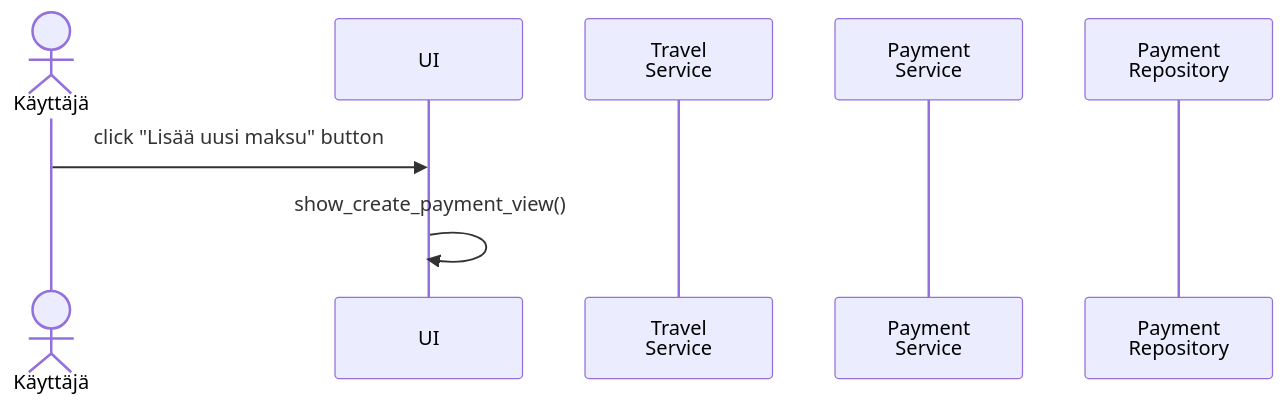
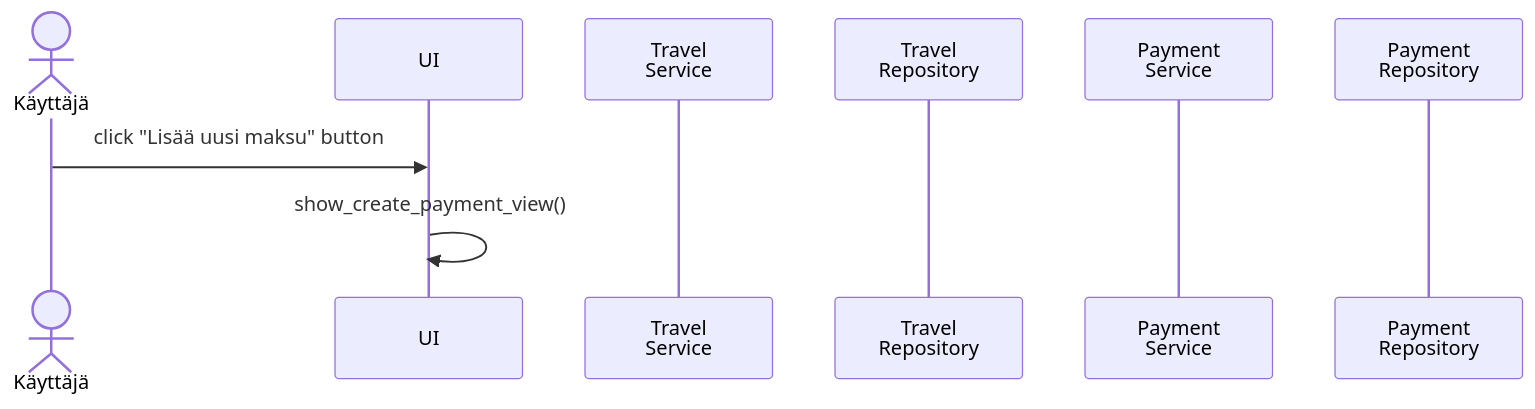
Before and after one commit to phuvio/ot-harjoitustyo: the fourth of 4 diagrams in travel-expense-calculator-app/dokumentaatio/arkkitehtuuri.md, drawn with Mermaid.

````diff
--- a/travel-expense-calculator-app/dokumentaatio/arkkitehtuuri.md
+++ b/travel-expense-calculator-app/dokumentaatio/arkkitehtuuri.md
@@ -161,10 +161,11 @@
 ```mermaid
  sequenceDiagram
    Actor K as Käyttäjä
    participant U as UI
    participant T as Travel <br> Service
+   participant TR as Travel <br> Repository
    participant P as Payment <br> Service
    participant PR as Payment <br> Repository
    K->>U: click "Lisää uusi maksu" button
    U->>U: show_create_payment_view()
 ```
````
